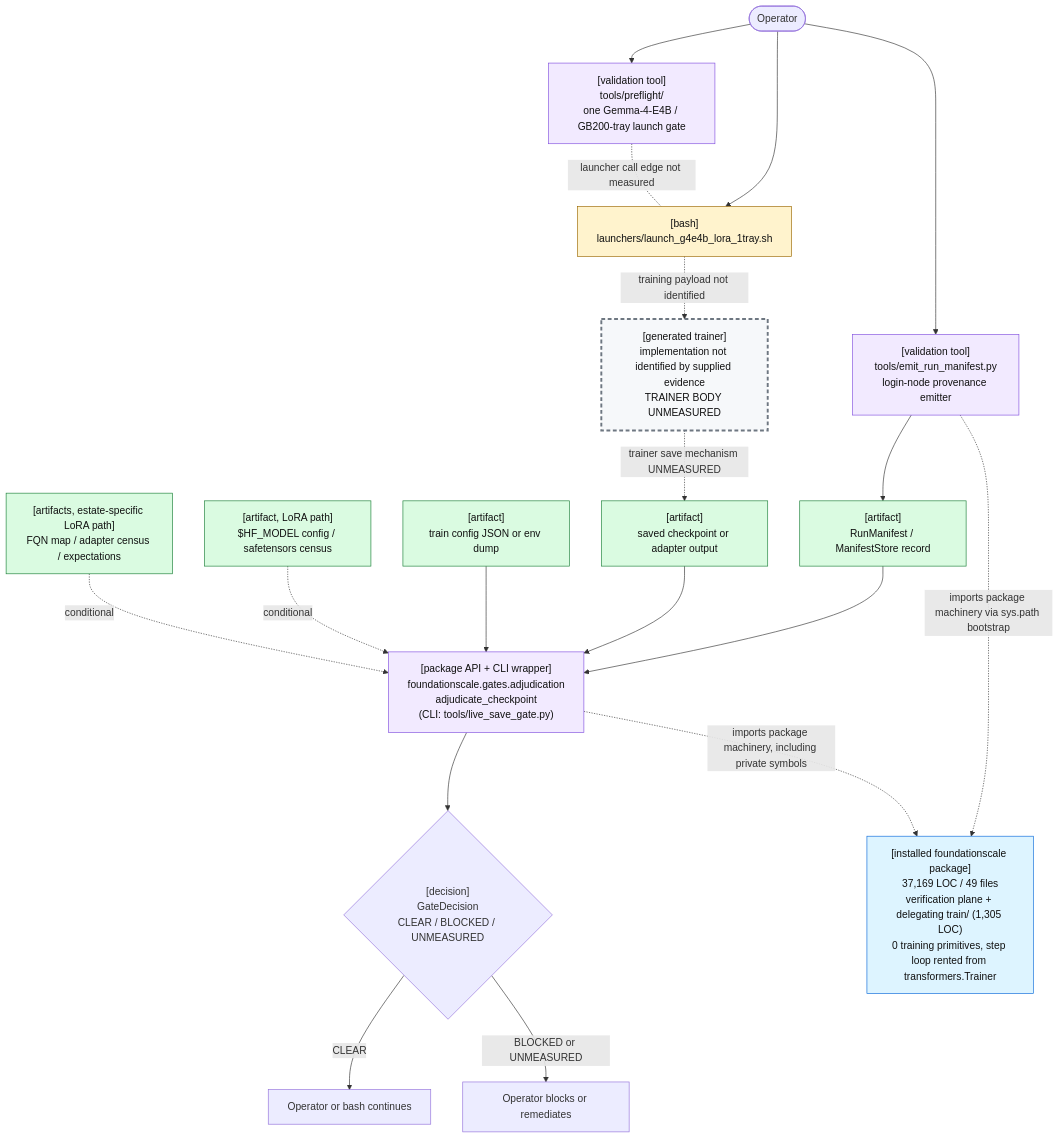
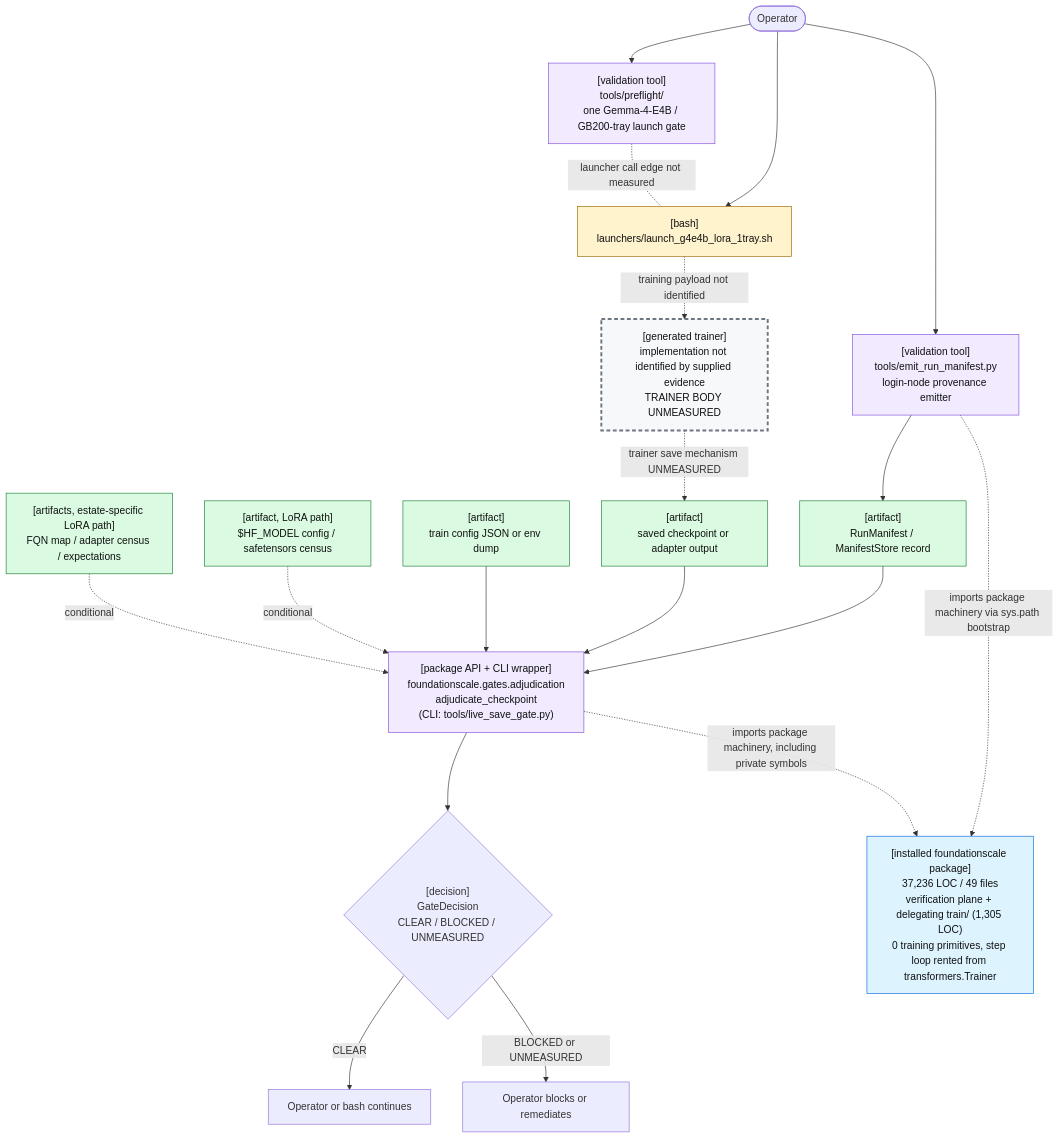
Before and after one commit to TranNhiem/FoundationScale: the first of 2 diagrams in docs/review/D2_current_architecture.md, drawn with Mermaid. The commit also changed other lines of this file and 16 other files, not shown here.

````diff
--- a/docs/review/D2_current_architecture.md
+++ b/docs/review/D2_current_architecture.md
@@ -25,59 +25,59 @@
 ```mermaid
 flowchart TB
   O(["Operator"])
 
   PF["[validation tool]<br/>tools/preflight/<br/>one Gemma-4-E4B / GB200-tray launch gate"]
   L["[bash]<br/>launchers/launch_g4e4b_lora_1tray.sh"]
 
   E["[validation tool]<br/>tools/emit_run_manifest.py<br/>login-node provenance emitter"]
   M["[artifact]<br/>RunManifest / ManifestStore record"]
 
   T["[generated trainer]<br/>implementation not identified by supplied evidence<br/>TRAINER BODY UNMEASURED"]
   C["[artifact]<br/>saved checkpoint or adapter output"]
 
   G["[package API + CLI wrapper]<br/>foundationscale.gates.adjudication<br/>adjudicate_checkpoint<br/>(CLI: tools/live_save_gate.py)"]
   CFG["[artifact]<br/>train config JSON or env dump"]
   BASE["[artifact, LoRA path]<br/>$HF_MODEL config / safetensors census"]
   CEN["[artifacts, estate-specific LoRA path]<br/>FQN map / adapter census / expectations"]
 
   D{"[decision]<br/>GateDecision<br/>CLEAR / BLOCKED / UNMEASURED"}
   OK["Operator or bash continues"]
   NO["Operator blocks or remediates"]
 
-  PKG["[installed foundationscale package]<br/>37,169 LOC / 49 files<br/>verification plane + delegating train/ (1,305 LOC)<br/>0 training primitives, step loop rented from transformers.Trainer"]
+  PKG["[installed foundationscale package]<br/>37,236 LOC / 49 files<br/>verification plane + delegating train/ (1,305 LOC)<br/>0 training primitives, step loop rented from transformers.Trainer"]
 
   O --> PF
   O --> L
   PF -. "launcher call edge not measured" .- L
 
   O --> E
   E --> M
 
   L -. "training payload not identified" .-> T
   T -. "trainer save mechanism UNMEASURED" .-> C
 
   M --> G
   C --> G
   CFG --> G
   BASE -. "conditional" .-> G
   CEN -. "conditional" .-> G
 
   E -. "imports package machinery via sys.path bootstrap" .-> PKG
   G -. "imports package machinery, including private symbols" .-> PKG
 
   G --> D
   D -->|"CLEAR"| OK
   D -->|"BLOCKED or UNMEASURED"| NO
 
   classDef bash fill:#fff3cd,stroke:#9a6700,color:#111;
   classDef tool fill:#f2eaff,stroke:#8250df,color:#111;
   classDef artifact fill:#dafbe1,stroke:#1a7f37,color:#111;
   classDef gap fill:#f6f8fa,stroke:#6e7781,stroke-width:3px,stroke-dasharray: 6 4,color:#111;
   classDef pkg fill:#ddf4ff,stroke:#0969da,color:#111;
 
   class L bash;
   class PF,E,G tool;
   class M,C,CFG,BASE,CEN artifact;
   class T gap;
   class PKG pkg;
 ```
````
